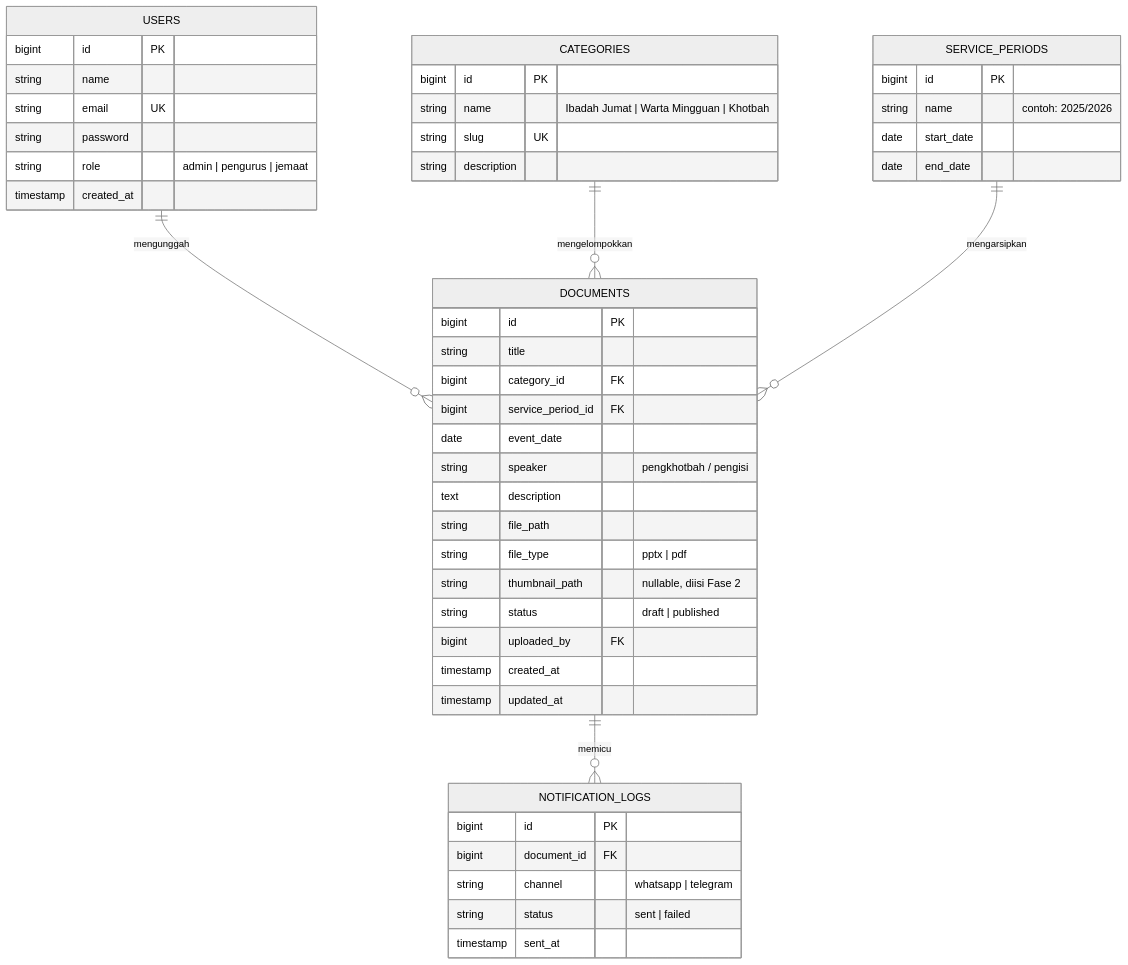
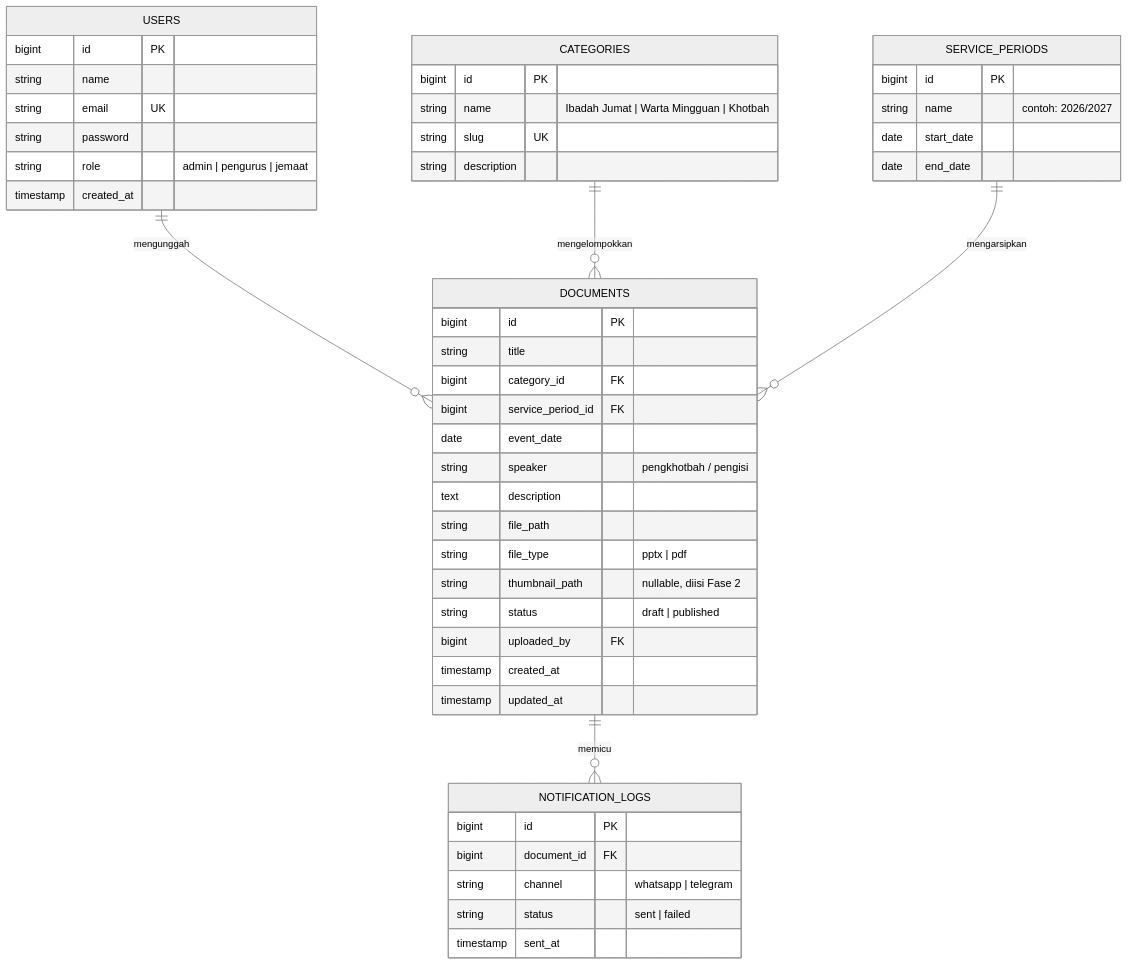
One commit to Persekutuan-Mahasiswa-Kristen-ITERA/pmkitera-ark changed the first of 4 diagrams in ERD.md. Above: the diagram before and after it, drawn with Mermaid (neutral theme). The commit also changed 3 other files, not shown here.

````diff
--- a/ERD.md
+++ b/ERD.md
@@ -7,55 +7,55 @@
 ```mermaid
 erDiagram
     USERS ||--o{ DOCUMENTS : mengunggah
     CATEGORIES ||--o{ DOCUMENTS : mengelompokkan
     SERVICE_PERIODS ||--o{ DOCUMENTS : mengarsipkan
     DOCUMENTS ||--o{ NOTIFICATION_LOGS : memicu
 
     USERS {
         bigint id PK
         string name
         string email UK
         string password
         string role "admin | pengurus | jemaat"
         timestamp created_at
     }
 
     CATEGORIES {
         bigint id PK
         string name "Ibadah Jumat | Warta Mingguan | Khotbah"
         string slug UK
         string description
     }
 
     SERVICE_PERIODS {
         bigint id PK
-        string name "contoh: 2025/2026"
+        string name "contoh: 2026/2027"
         date start_date
         date end_date
     }
 
     DOCUMENTS {
         bigint id PK
         string title
         bigint category_id FK
         bigint service_period_id FK
         date event_date
         string speaker "pengkhotbah / pengisi"
         text description
         string file_path
         string file_type "pptx | pdf"
         string thumbnail_path "nullable, diisi Fase 2"
         string status "draft | published"
         bigint uploaded_by FK
         timestamp created_at
         timestamp updated_at
     }
 
     NOTIFICATION_LOGS {
         bigint id PK
         bigint document_id FK
         string channel "whatsapp | telegram"
         string status "sent | failed"
         timestamp sent_at
     }
 ```
````
